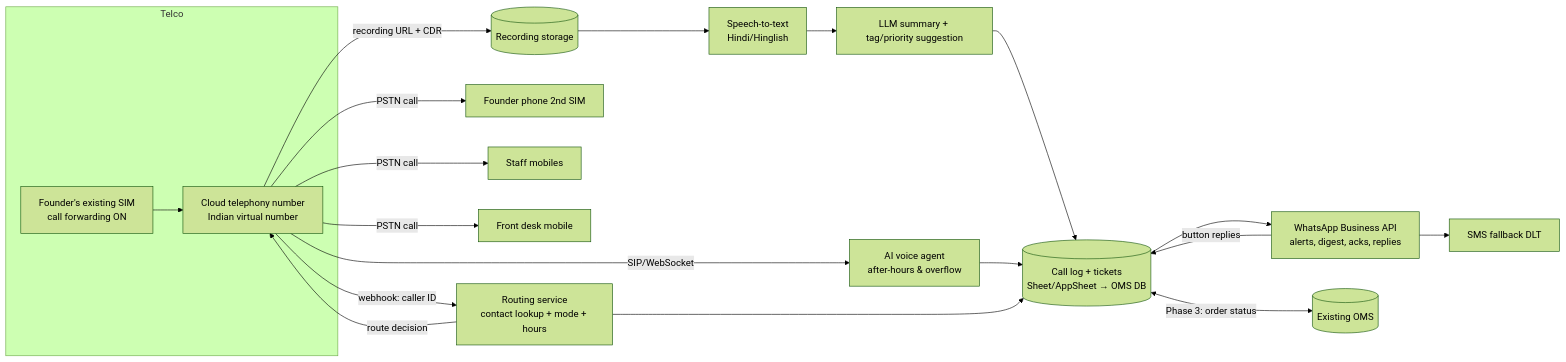
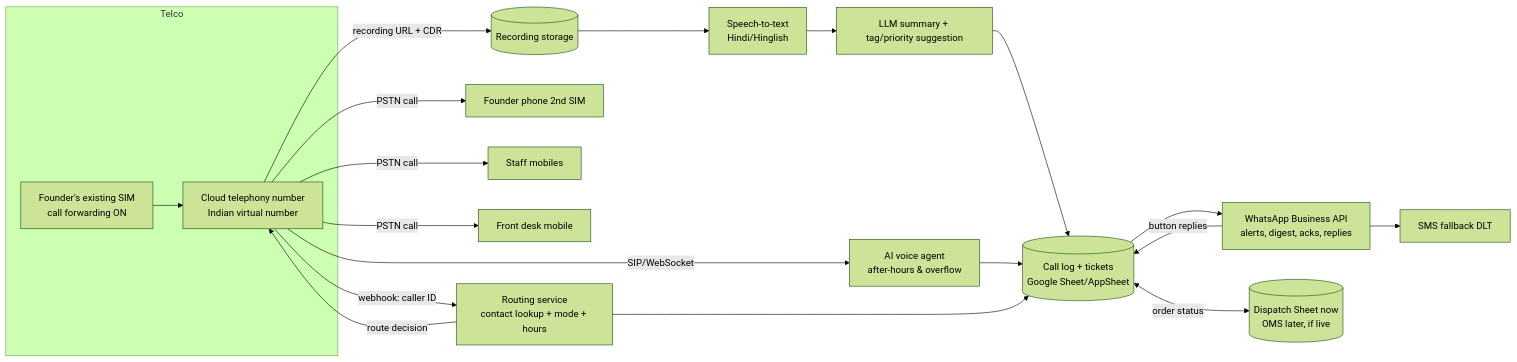
Before and after one commit to akshat-020/dd: the second of 2 diagrams in docs/call-desk/CALL_DESK_SYSTEM.md, drawn with Mermaid (forest theme). The commit also changed other lines of this file and 1 other file, not shown here.

First line of the commit message:
Decouple call desk from OMS and add combined rollout plan

````diff
--- a/docs/call-desk/CALL_DESK_SYSTEM.md
+++ b/docs/call-desk/CALL_DESK_SYSTEM.md
@@ -655,22 +656,22 @@
 ```mermaid
 flowchart LR
   subgraph Telco
     OLD[Founder's existing SIM<br/>call forwarding ON] --> CL[Cloud telephony number<br/>Indian virtual number]
   end
   CL -->|webhook: caller ID| RT[Routing service<br/>contact lookup + mode + hours]
   RT -->|route decision| CL
   CL -->|PSTN call| FP[Founder phone 2nd SIM]
   CL -->|PSTN call| SP[Staff mobiles]
   CL -->|PSTN call| FD[Front desk mobile]
   CL -->|SIP/WebSocket| AIV[AI voice agent<br/>after-hours & overflow]
   CL -->|recording URL + CDR| REC[(Recording storage)]
   REC --> STT[Speech-to-text<br/>Hindi/Hinglish]
   STT --> SUM[LLM summary + tag/priority suggestion]
-  SUM --> LOG[(Call log + tickets<br/>Sheet/AppSheet → OMS DB)]
+  SUM --> LOG[(Call log + tickets<br/>Google Sheet/AppSheet)]
   AIV --> LOG
   RT --> LOG
   LOG --> WA[WhatsApp Business API<br/>alerts, digest, acks, replies]
   WA -->|button replies| LOG
-  LOG <-->|Phase 3: order status| OMS[(Existing OMS)]
+  LOG <-->|order status| DS[(Dispatch Sheet now<br/>OMS later, if live)]
   WA --> SMS[SMS fallback DLT]
 ```
````
